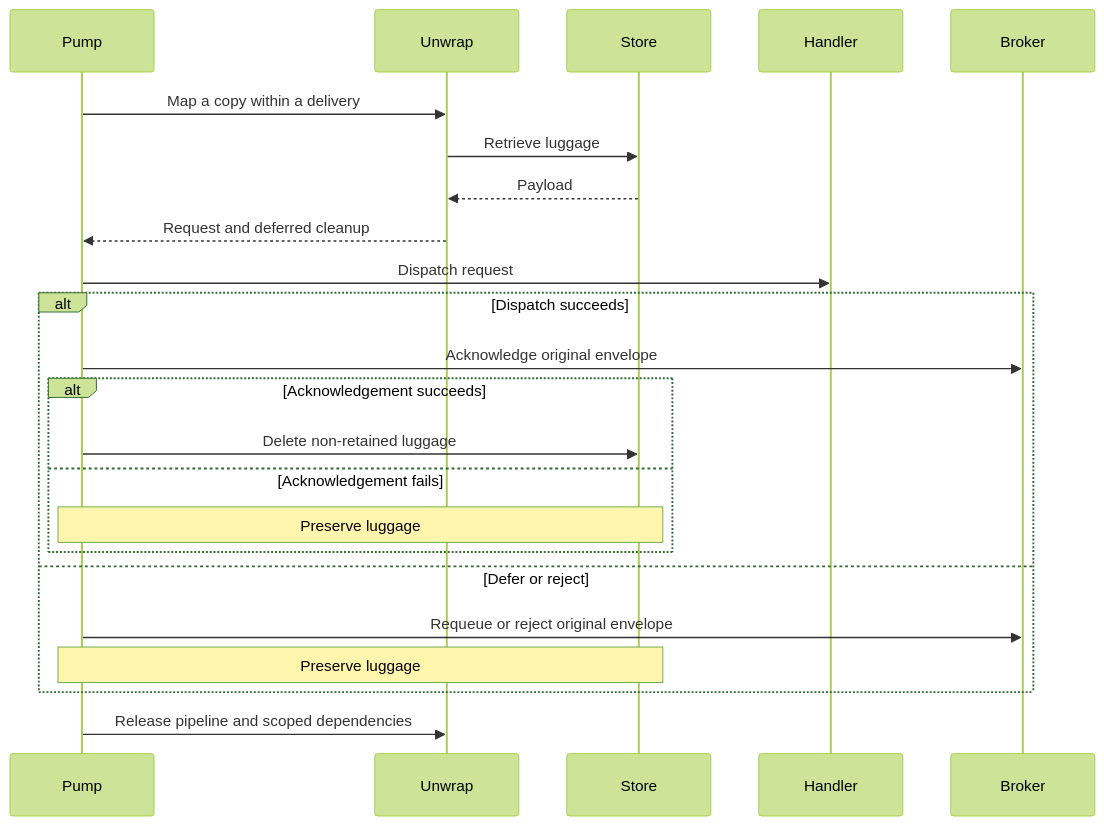
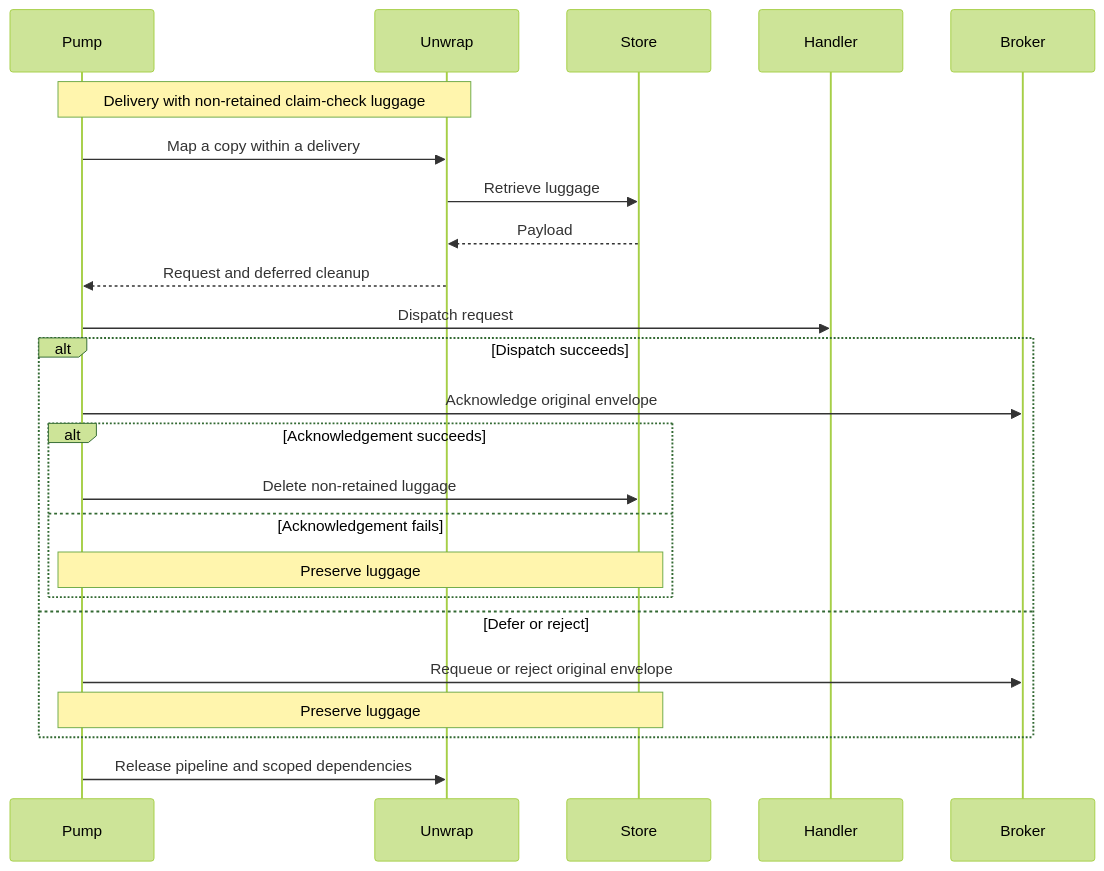
Before and after one commit to BrighterCommand/Brighter: the first of 2 diagrams in docs/adr/0079-claim-check-cleanup-after-acknowledgement.md, drawn with Mermaid (forest theme). The commit also changed other lines of this file and 2 other files, not shown here.

````diff
--- a/docs/adr/0079-claim-check-cleanup-after-acknowledgement.md
+++ b/docs/adr/0079-claim-check-cleanup-after-acknowledgement.md
@@ -76,25 +76,26 @@
 ```mermaid
 sequenceDiagram
     participant Pump
     participant Unwrap
     participant Store
     participant Handler
     participant Broker
+    Note over Pump,Unwrap: Delivery with non-retained claim-check luggage
     Pump->>Unwrap: Map a copy within a delivery
     Unwrap->>Store: Retrieve luggage
     Store-->>Unwrap: Payload
     Unwrap-->>Pump: Request and deferred cleanup
     Pump->>Handler: Dispatch request
     alt Dispatch succeeds
         Pump->>Broker: Acknowledge original envelope
         alt Acknowledgement succeeds
             Pump->>Store: Delete non-retained luggage
         else Acknowledgement fails
             Note over Pump,Store: Preserve luggage
         end
     else Defer or reject
         Pump->>Broker: Requeue or reject original envelope
         Note over Pump,Store: Preserve luggage
     end
     Pump->>Unwrap: Release pipeline and scoped dependencies
 ```
````
